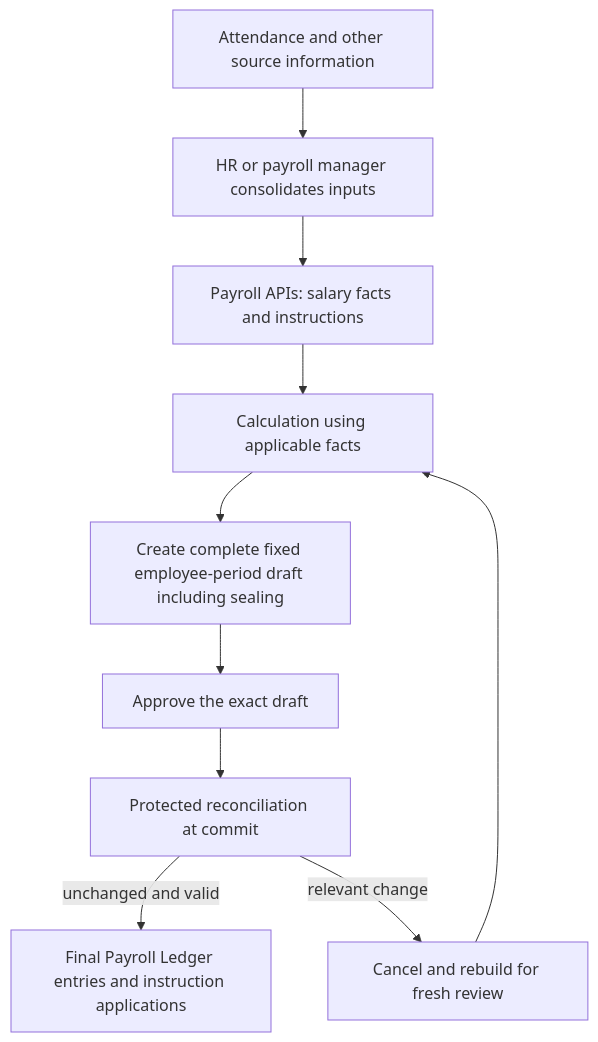
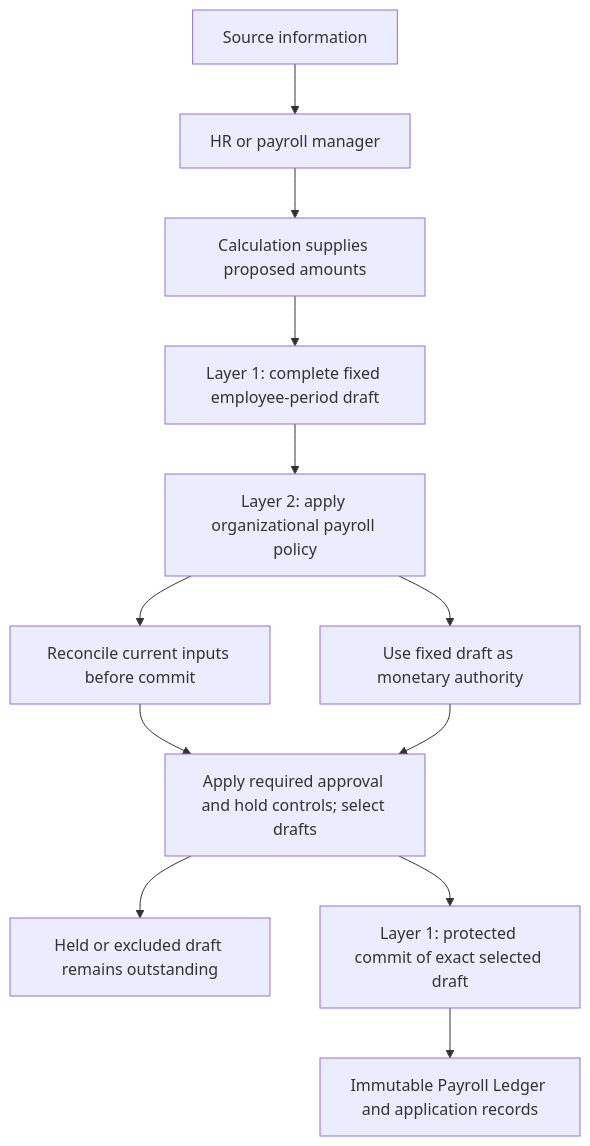
Before and after one commit to agentlabs-poc/agentlabs-payroll-ledger-lab: the diagram in docs/handbook.md, drawn with Mermaid. The commit also changed other lines of this file and 23 other files, not shown here.

Commit message:
docs: separate payroll core contracts from organizational policy

````diff
--- a/docs/handbook.md
+++ b/docs/handbook.md
@@ -154,12 +154,14 @@
 ```mermaid
 flowchart TD
-    E[Attendance and other source information] --> M[HR or payroll manager consolidates inputs]
-    M --> I[Payroll APIs: salary facts and instructions]
-    I --> C[Calculation using applicable facts]
-    C --> D[Create complete fixed employee-period draft including sealing]
-    D --> A[Approve the exact draft]
-    A --> R[Protected reconciliation at commit]
-    R -->|unchanged and valid| P[Final Payroll Ledger entries and instruction applications]
-    R -->|relevant change| B[Cancel and rebuild for fresh review]
-    B --> C
+    I[Source information] --> M[HR or payroll manager]
+    M --> C[Calculation supplies proposed amounts]
+    C --> D[Layer 1: complete fixed employee-period draft]
+    D --> P[Layer 2: apply organizational payroll policy]
+    P --> A[Reconcile current inputs before commit]
+    P --> B[Use fixed draft as monetary authority]
+    A --> S[Apply required approval and hold controls; select drafts]
+    B --> S
+    S --> H[Held or excluded draft remains outstanding]
+    S --> K[Layer 1: protected commit of exact selected draft]
+    K --> L[Immutable Payroll Ledger and application records]
 ```
````
